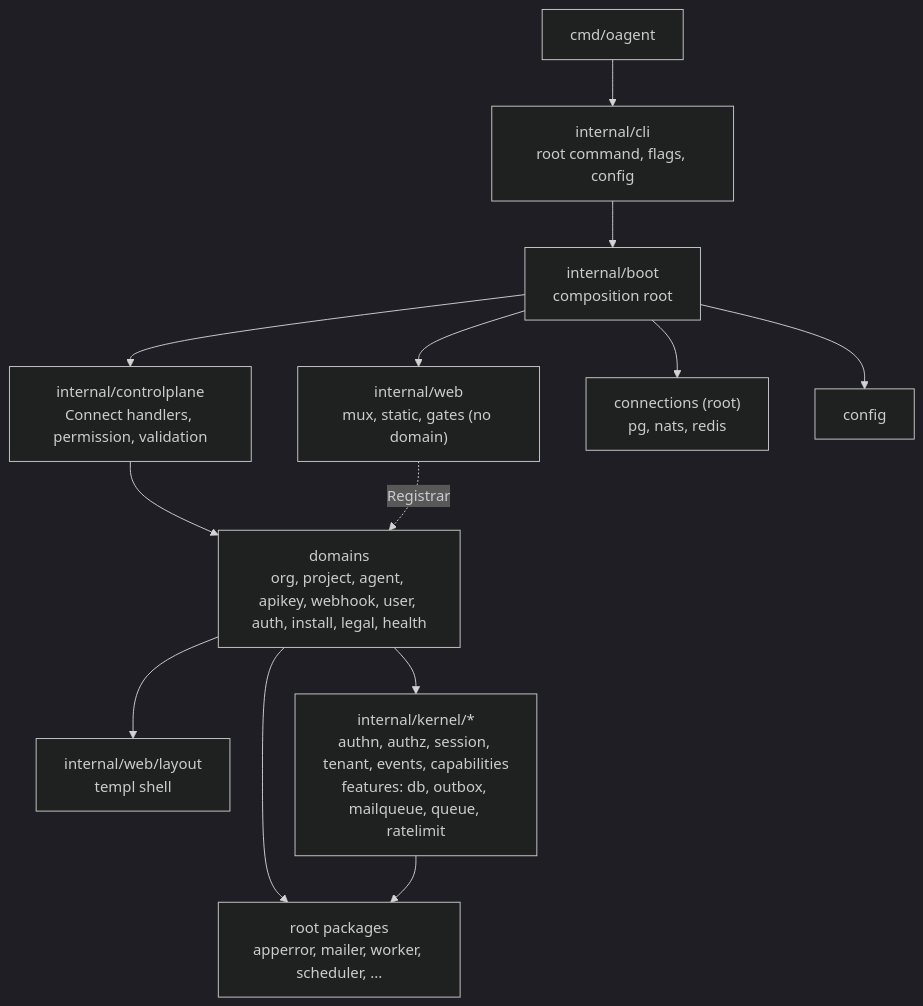
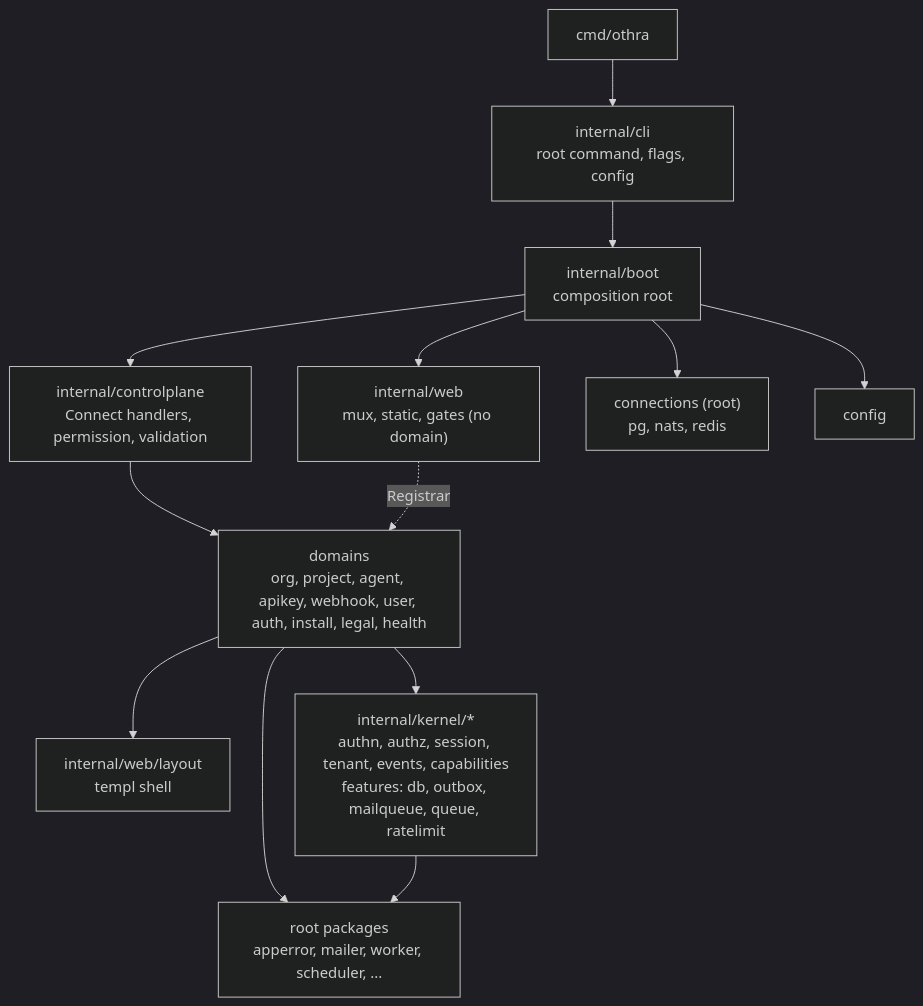
The diagram in docs/architecture/README.md (altalune-id/othra), drawn with Mermaid (dark theme) before and after one commit. The commit also changed other lines of this file and 753 other files, not shown here.

Commit message:
refactor!: rename oagent to othra across module, protos, config and identifiers

````diff
--- a/docs/architecture/README.md
+++ b/docs/architecture/README.md
@@ -22,15 +22,15 @@
 ```mermaid
 flowchart TB
-  CMD["cmd/oagent"] --> CLI["internal/cli<br/>root command, flags, config"]
+  CMD["cmd/othra"] --> CLI["internal/cli<br/>root command, flags, config"]
   CLI --> BOOT["internal/boot<br/>composition root"]
   BOOT --> CP["internal/controlplane<br/>Connect handlers, permission, validation"]
   BOOT --> WEB["internal/web<br/>mux, static, gates (no domain)"]
   CP --> DOM["domains<br/>org, project, agent, apikey, webhook, user, auth, install, legal, health"]
   WEB -. Registrar .-> DOM
   DOM --> LAYOUT["internal/web/layout<br/>templ shell"]
   DOM --> KERNEL["internal/kernel/*<br/>authn, authz, session, tenant, events, capabilities<br/>features: db, outbox, mailqueue, queue, ratelimit"]
   DOM --> ROOT["root packages<br/>apperror, mailer, worker, scheduler, ..."]
   KERNEL --> ROOT
   BOOT --> CONN["connections (root)<br/>pg, nats, redis"]
   BOOT --> CFG["config"]
 ```
````
